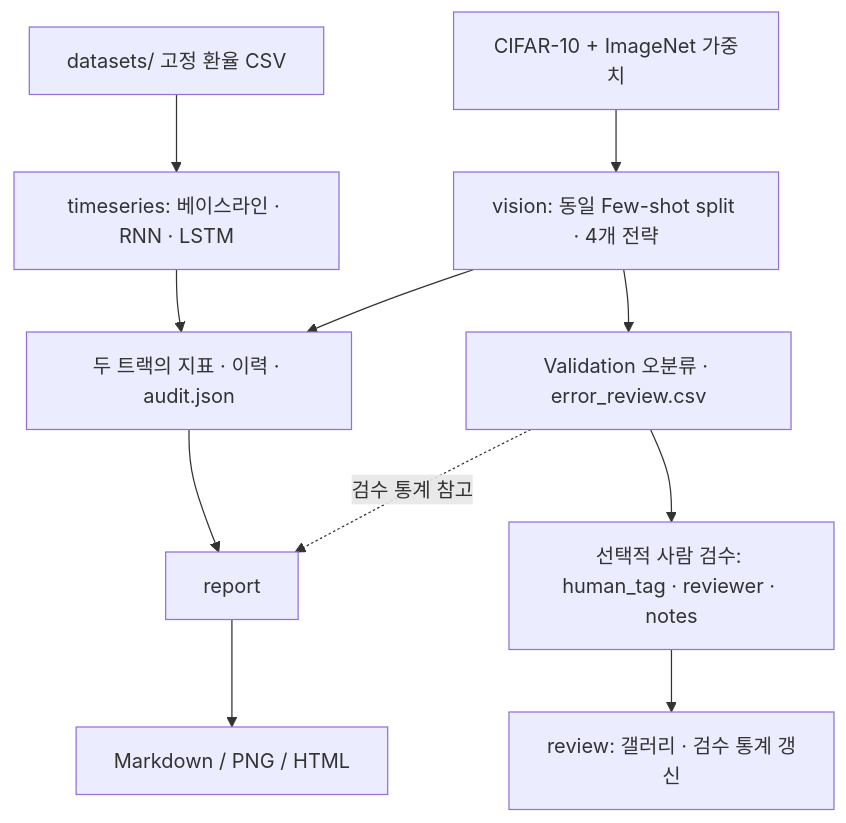
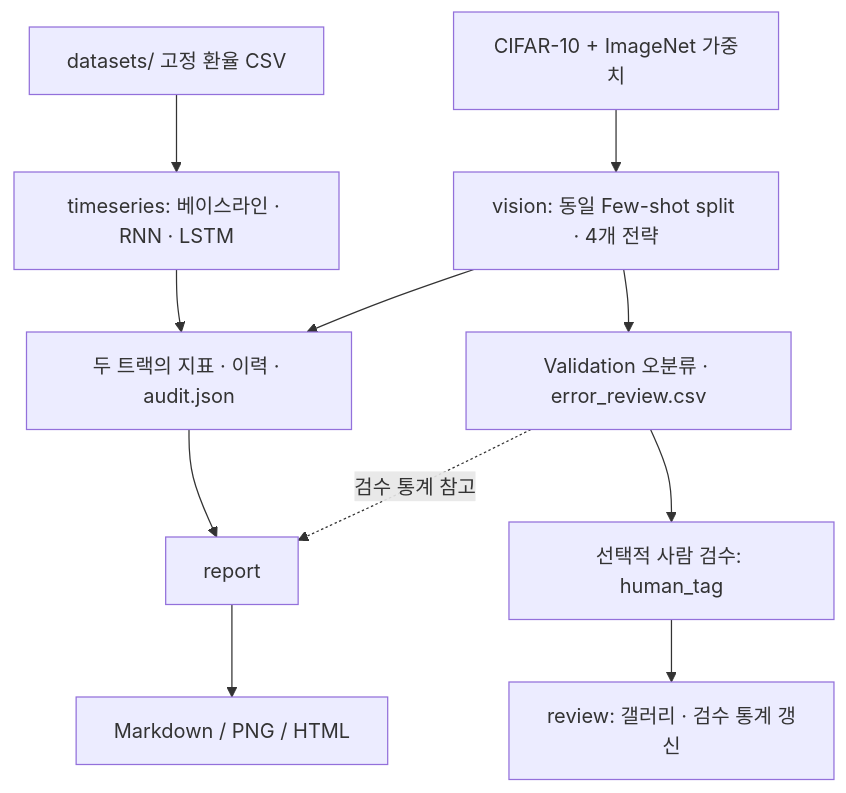
One commit to shannonlee-dev/predictive-model-diagnostics-pipeline changed the diagram in README.md. Above: the diagram before and after it, drawn with Mermaid. The commit also changed other lines of this file and 9 other files, not shown here.

Commit message:
refactor(review): remove reviewer and notes columns

````diff
--- a/README.md
+++ b/README.md
@@ -17,13 +17,13 @@
 ```mermaid
 flowchart TD
     FX["datasets/ 고정 환율 CSV"] --> TS["timeseries: 베이스라인 · RNN · LSTM"]
     IM["CIFAR-10 + ImageNet 가중치"] --> VS["vision: 동일 Few-shot split · 4개 전략"]
     TS --> ART["두 트랙의 지표 · 이력 · audit.json"]
     VS --> ART
     VS --> ERR["Validation 오분류 · error_review.csv"]
-    ERR --> REV["선택적 사람 검수: human_tag · reviewer · notes"]
+    ERR --> REV["선택적 사람 검수: human_tag"]
     REV --> REVIEW["review: 갤러리 · 검수 통계 갱신"]
     ART --> REPORT["report"]
     ERR -. "검수 통계 참고" .-> REPORT
     REPORT --> OUT["Markdown / PNG / HTML"]
 ```
````
